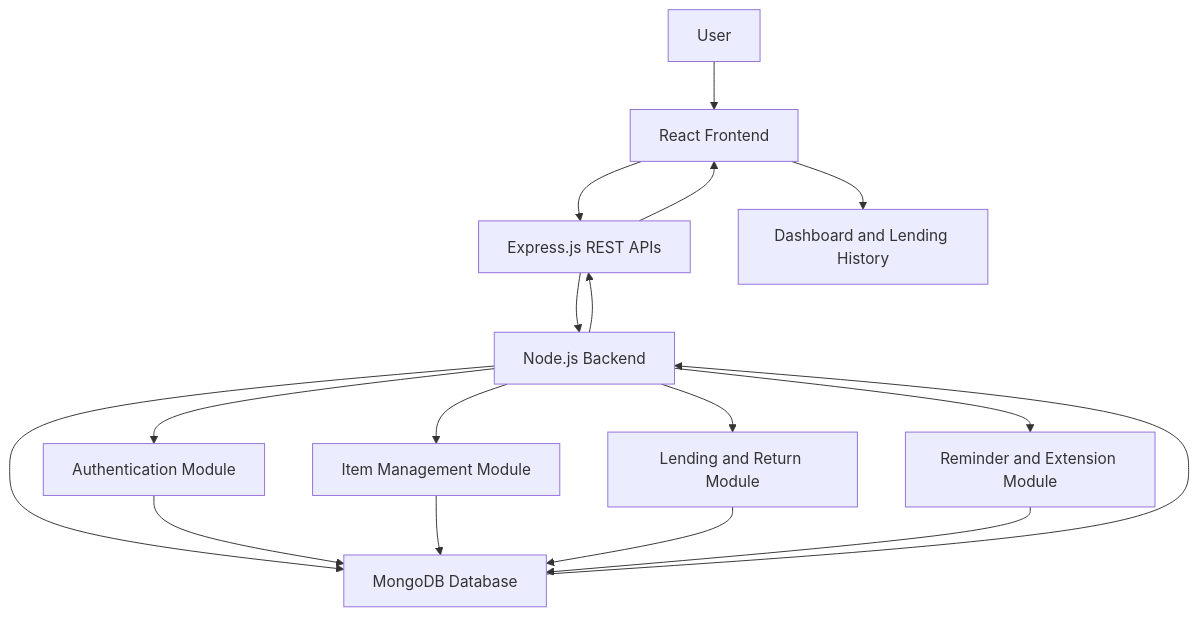
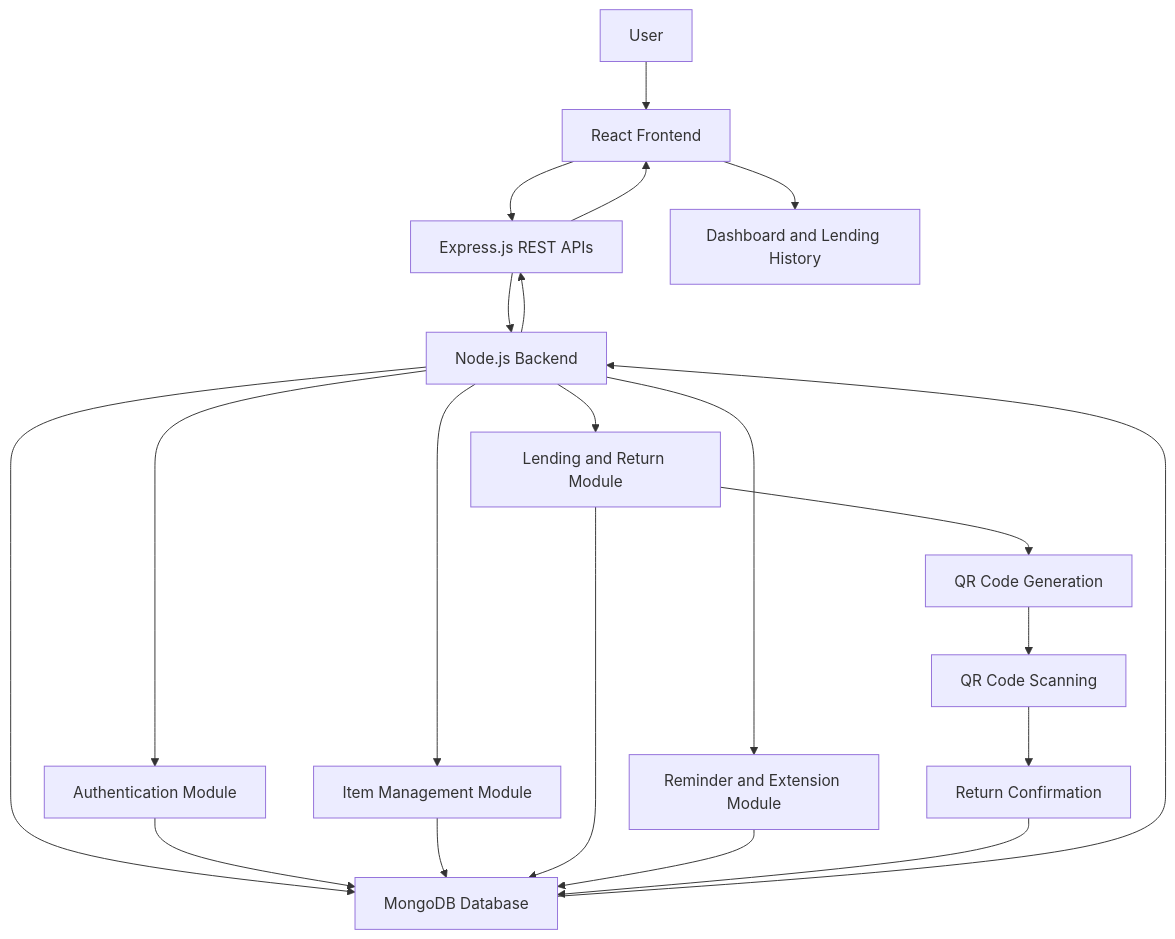
The diagram in README.md (devashree-2006/WhoHasIt-), drawn with Mermaid before and after one commit.

Commit message:
Update flowchart in README with QR code modules

````diff
--- a/README.md
+++ b/README.md
@@ -80,22 +80,27 @@
 ```mermaid
 flowchart TD
     A[User] --> B[React Frontend]
     B --> C[Express.js REST APIs]
     C --> D[Node.js Backend]
     D --> E[MongoDB Database]
 
     D --> F[Authentication Module]
     D --> G[Item Management Module]
     D --> H[Lending and Return Module]
     D --> I[Reminder and Extension Module]
 
+    H --> J[QR Code Generation]
+    J --> K[QR Code Scanning]
+    K --> L[Return Confirmation]
+
     F --> E
     G --> E
     H --> E
     I --> E
+    L --> E
 
     E --> D
     D --> C
     C --> B
-    B --> J[Dashboard and Lending History]
+    B --> M[Dashboard and Lending History]
 ```
````
